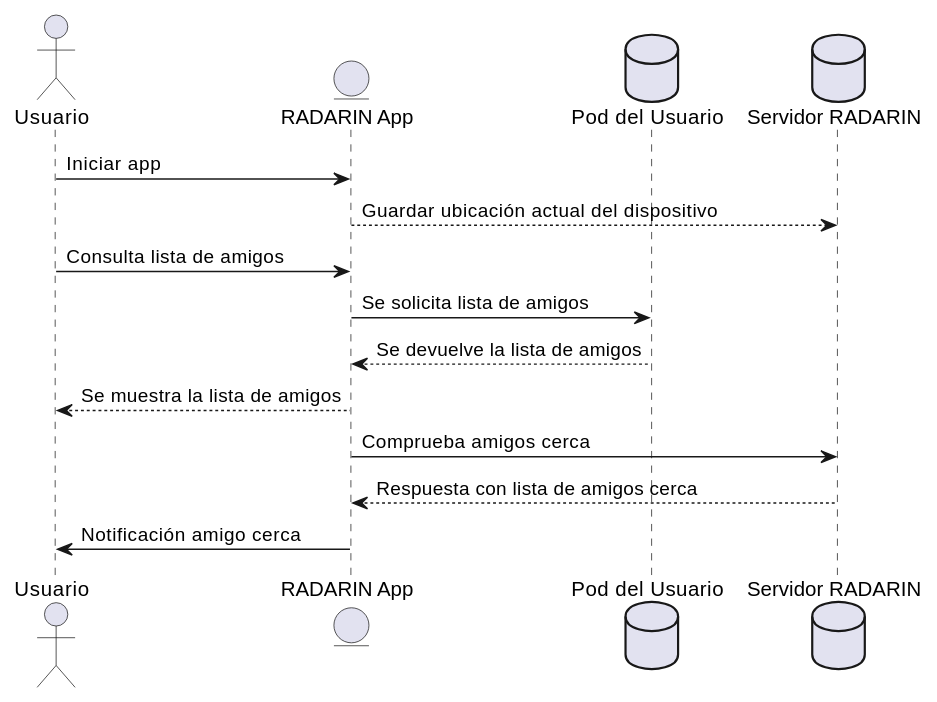
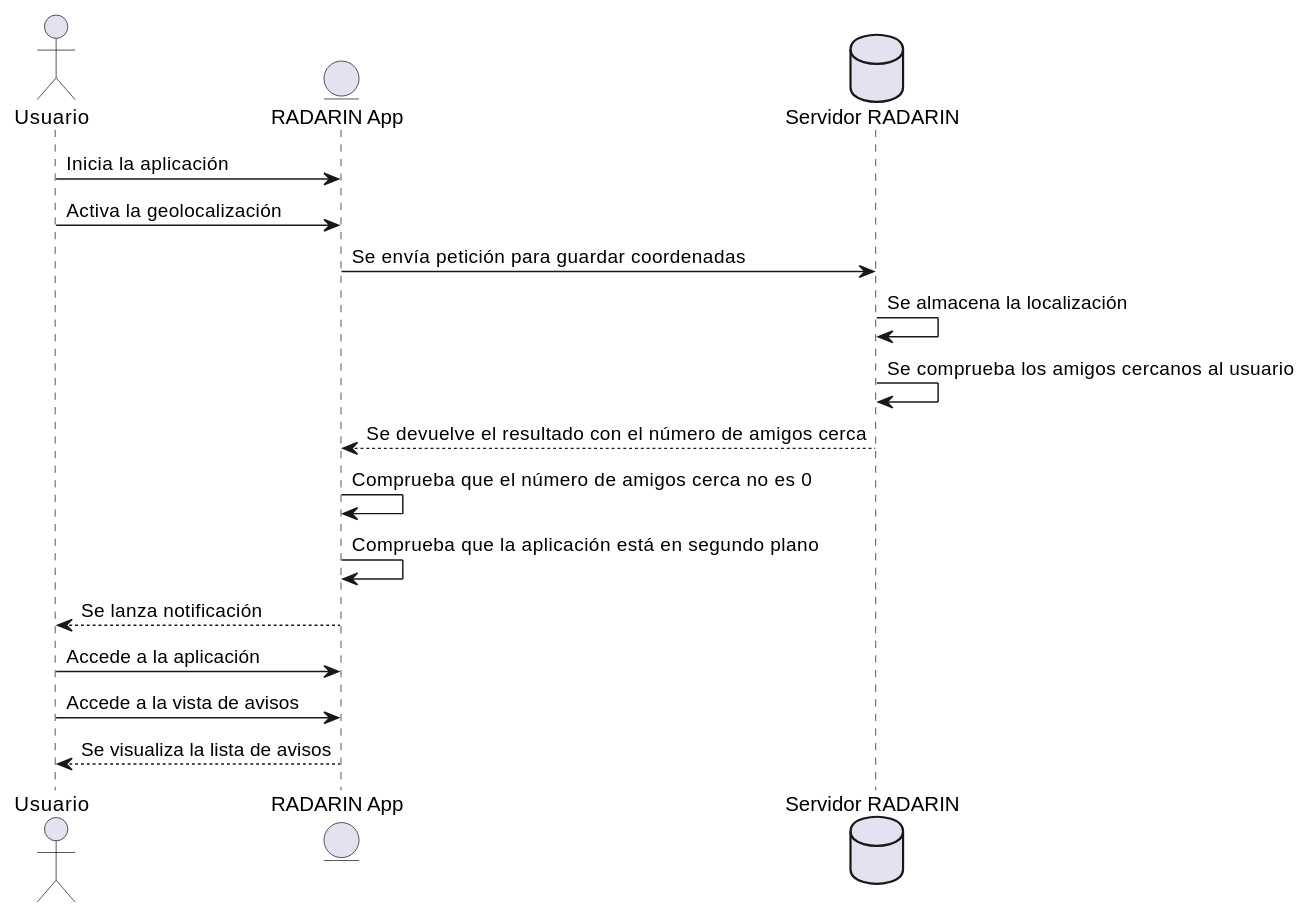
One commit to Arquisoft/radarin_es6a changed the second of 2 diagrams in webapp/docs/06_runtime_view.adoc. Above: the diagram before and after it, drawn with PlantUML. The commit also changed other lines of this file and 1 other file, not shown here.

```diff
--- a/webapp/docs/06_runtime_view.adoc
+++ b/webapp/docs/06_runtime_view.adoc
@@ -34,16 +55,19 @@
 [plantuml,"Sequence diagram 2",png]
 ----
 actor Usuario
 entity App as "RADARIN App"
-database Pod as "Pod del Usuario"
 database Server as "Servidor RADARIN"
-Usuario -> App: Iniciar app
-App --> Server: Guardar ubicación actual del dispositivo
-Usuario -> App: Consulta lista de amigos
-App -> Pod: Se solicita lista de amigos
-Pod --> App: Se devuelve la lista de amigos
-App --> Usuario: Se muestra la lista de amigos
-App -> Server: Comprueba amigos cerca
-Server --> App: Respuesta con lista de amigos cerca
-App -> Usuario: Notificación amigo cerca
+Usuario -> App: Inicia la aplicación
+Usuario -> App: Activa la geolocalización
+App -> Server: Se envía petición para guardar coordenadas
+Server -> Server: Se almacena la localización
+Server -> Server: Se comprueba los amigos cercanos al usuario
+Server --> App: Se devuelve el resultado con el número de amigos cerca
+App -> App: Comprueba que el número de amigos cerca no es 0
+App -> App: Comprueba que la aplicación está en segundo plano
+App --> Usuario: Se lanza notificación
+Usuario -> App: Accede a la aplicación
+Usuario -> App: Accede a la vista de avisos
+App --> Usuario: Se visualiza la lista de avisos
+
 ----
```
